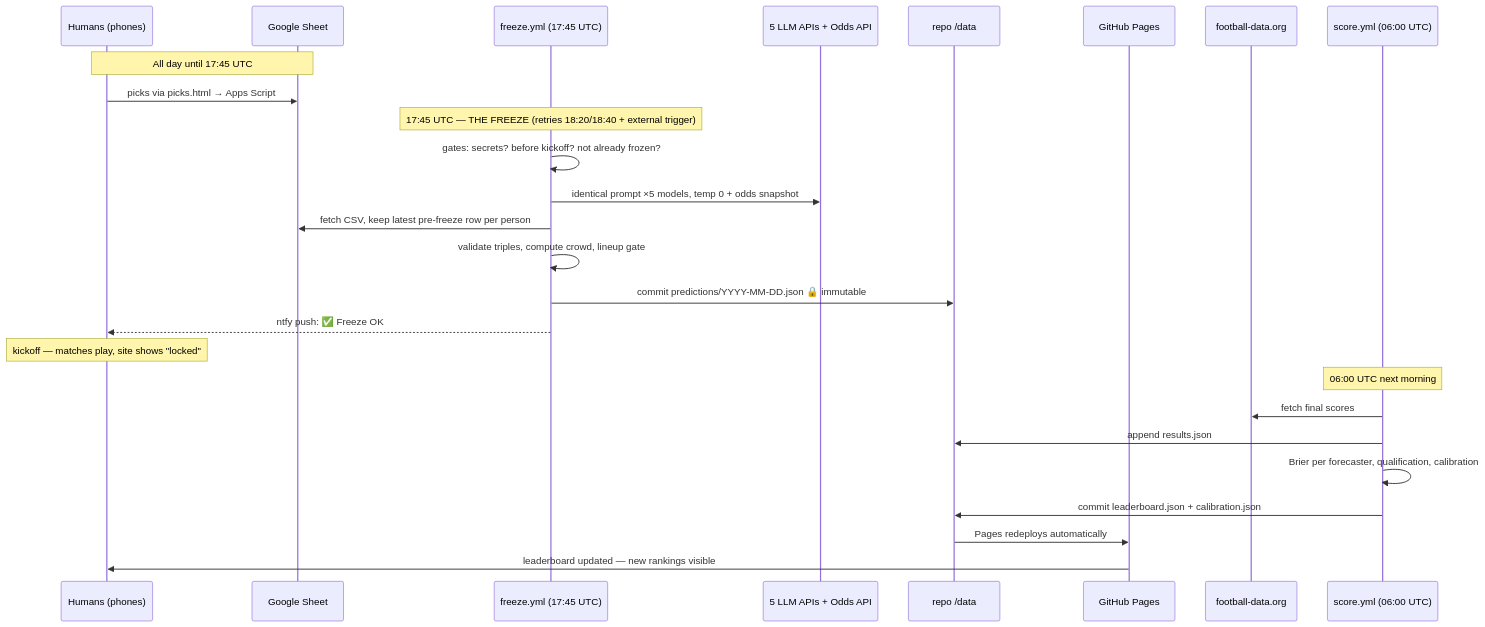
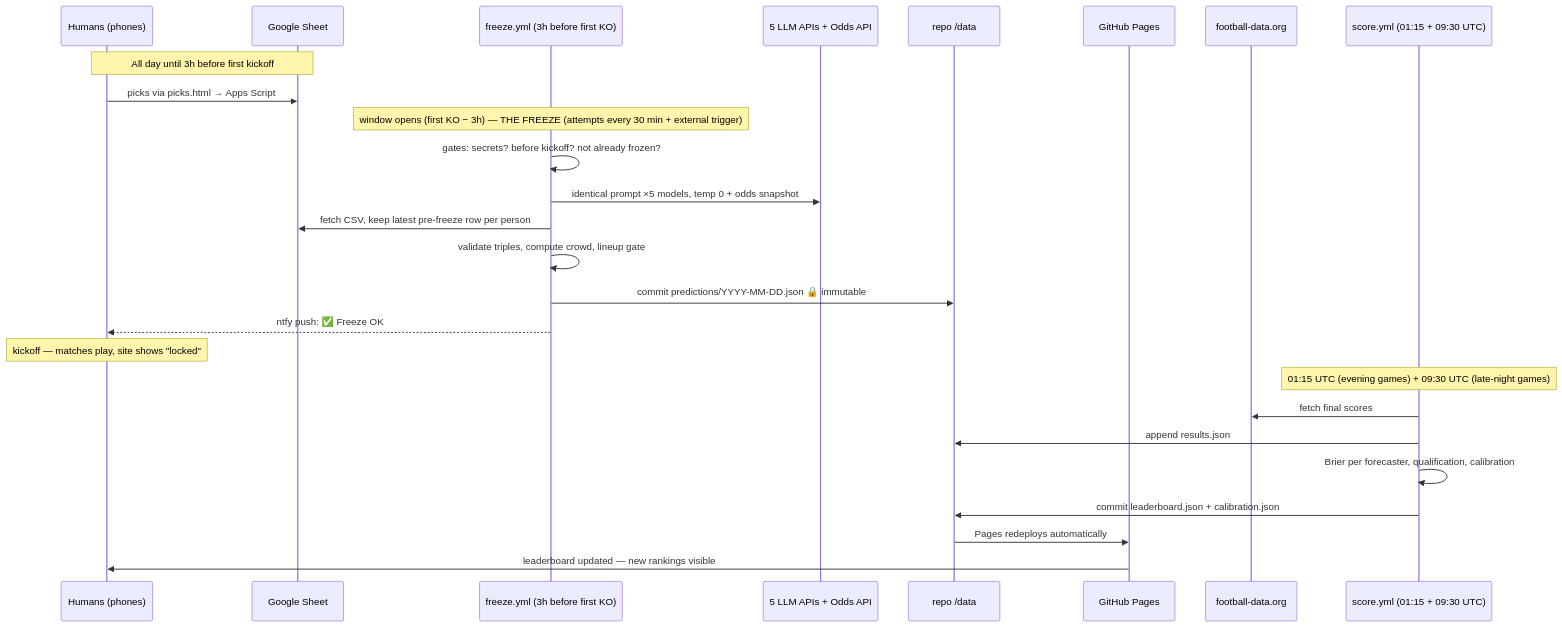
Before and after one commit to dakshjagwani/forecasting-arena-wc26: the second of 4 diagrams in docs/ARCHITECTURE.md, drawn with Mermaid. The commit also changed other lines of this file and 15 other files, not shown here.

First line of the commit message:
feat: adaptive freeze window, fixed scoring schedule, per-match boards

````diff
--- a/docs/ARCHITECTURE.md
+++ b/docs/ARCHITECTURE.md
@@ -74,29 +74,29 @@
 ```mermaid
 sequenceDiagram
     participant H as Humans (phones)
     participant S as Google Sheet
-    participant A as freeze.yml (17:45 UTC)
+    participant A as freeze.yml (3h before first KO)
     participant L as 5 LLM APIs + Odds API
     participant R as repo /data
     participant P as GitHub Pages
     participant FB as football-data.org
-    participant C as score.yml (06:00 UTC)
+    participant C as score.yml (01:15 + 09:30 UTC)
 
-    Note over H,S: All day until 17:45 UTC
+    Note over H,S: All day until 3h before first kickoff
     H->>S: picks via picks.html → Apps Script
-    Note over A: 17:45 UTC — THE FREEZE (retries 18:20/18:40 + external trigger)
+    Note over A: window opens (first KO − 3h) — THE FREEZE (attempts every 30 min + external trigger)
     A->>A: gates: secrets? before kickoff? not already frozen?
     A->>L: identical prompt ×5 models, temp 0 + odds snapshot
     A->>S: fetch CSV, keep latest pre-freeze row per person
     A->>A: validate triples, compute crowd, lineup gate
     A->>R: commit predictions/YYYY-MM-DD.json  🔒 immutable
     A-->>H: ntfy push: ✅ Freeze OK
     Note over H: kickoff — matches play, site shows "locked"
-    Note over C: 06:00 UTC next morning
+    Note over C: 01:15 UTC (evening games) + 09:30 UTC (late-night games)
     C->>FB: fetch final scores
     C->>R: append results.json
     C->>C: Brier per forecaster, qualification, calibration
     C->>R: commit leaderboard.json + calibration.json
     R->>P: Pages redeploys automatically
     P->>H: leaderboard updated — new rankings visible
 ```
````
